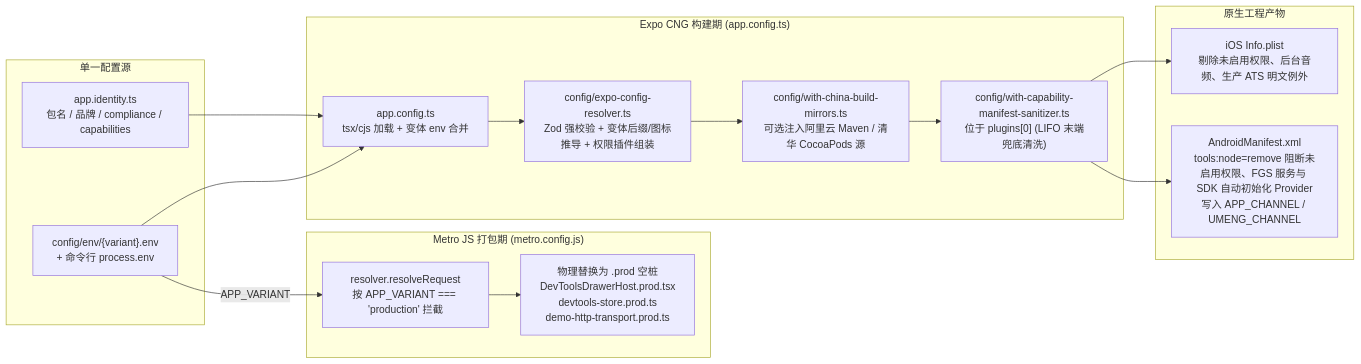
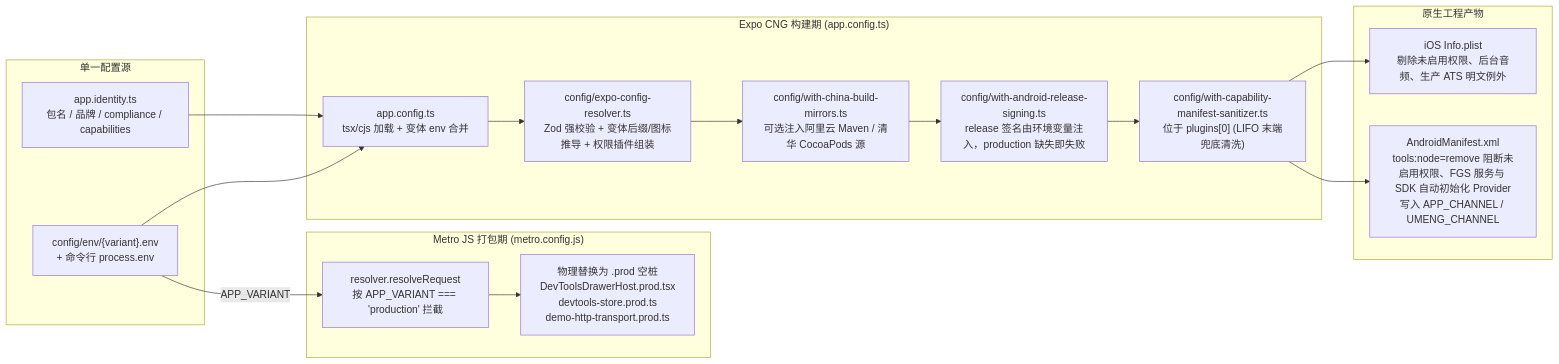
Before and after one commit to caixingorg/reactnative-zero: the third of 3 diagrams in docs/ARCHITECTURE.md, drawn with Mermaid. The commit also changed other lines of this file and 6 other files, not shown here.

First line of the commit message:
feat(android): sign release builds with env-provided keystore (#2)

````diff
--- a/docs/ARCHITECTURE.md
+++ b/docs/ARCHITECTURE.md
@@ -141,31 +141,32 @@
 ```mermaid
 flowchart LR
   subgraph Sources["单一配置源"]
     Id["app.identity.ts<br/>包名 / 品牌 / compliance / capabilities"]
     Env["config/env/{variant}.env<br/>+ 命令行 process.env"]
   end
 
   subgraph ExpoBuild["Expo CNG 构建期 (app.config.ts)"]
     Loader["app.config.ts<br/>tsx/cjs 加载 + 变体 env 合并"]
     Resolver["config/expo-config-resolver.ts<br/>Zod 强校验 + 变体后缀/图标推导 + 权限插件组装"]
     Mirrors["config/with-china-build-mirrors.ts<br/>可选注入阿里云 Maven / 清华 CocoaPods 源"]
+    Signing["config/with-android-release-signing.ts<br/>release 签名由环境变量注入，production 缺失即失败"]
     Sanitizer["config/with-capability-manifest-sanitizer.ts<br/>位于 plugins[0] (LIFO 末端兜底清洗)"]
   end
 
   subgraph NativeOut["原生工程产物"]
     Plist["iOS Info.plist<br/>剔除未启用权限、后台音频、生产 ATS 明文例外"]
     Manifest["AndroidManifest.xml<br/>tools:node=remove 阻断未启用权限、FGS 服务与 SDK 自动初始化 Provider<br/>写入 APP_CHANNEL / UMENG_CHANNEL"]
   end
 
   subgraph MetroBundle["Metro JS 打包期 (metro.config.js)"]
     Metro["resolver.resolveRequest<br/>按 APP_VARIANT === 'production' 拦截"]
     ProdStubs["物理替换为 .prod 空桩<br/>DevToolsDrawerHost.prod.tsx<br/>devtools-store.prod.ts<br/>demo-http-transport.prod.ts"]
   end
 
   Id --> Loader
   Env --> Loader
   Loader --> Resolver
-  Resolver --> Mirrors --> Sanitizer
+  Resolver --> Mirrors --> Signing --> Sanitizer
   Sanitizer --> Plist & Manifest
   Env -->|"APP_VARIANT"| Metro --> ProdStubs
 ```
````
